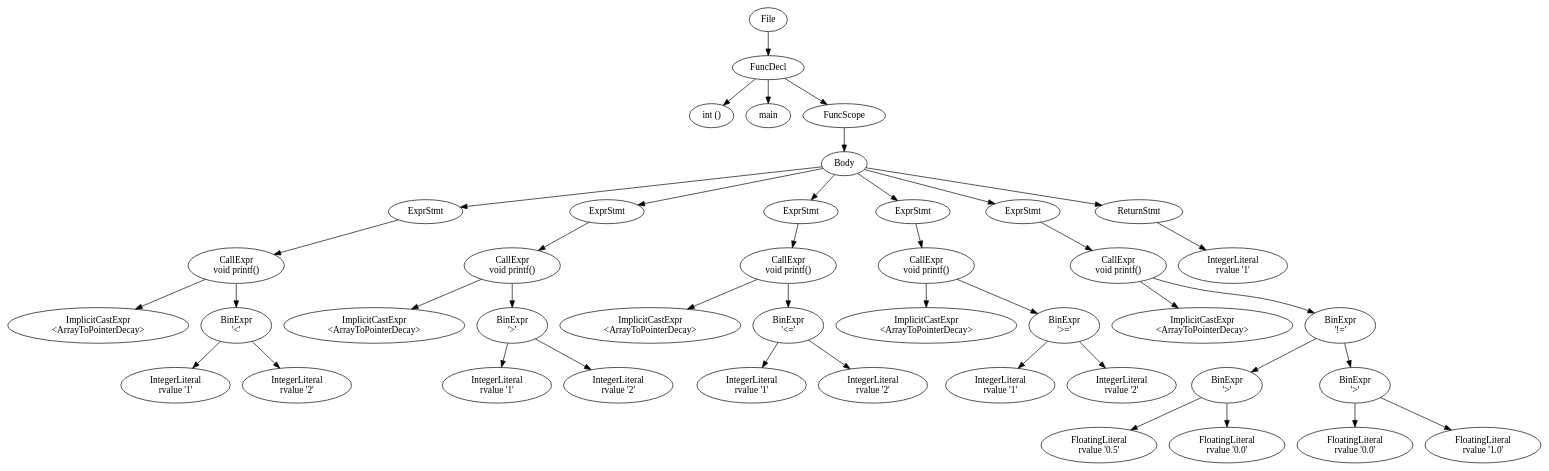
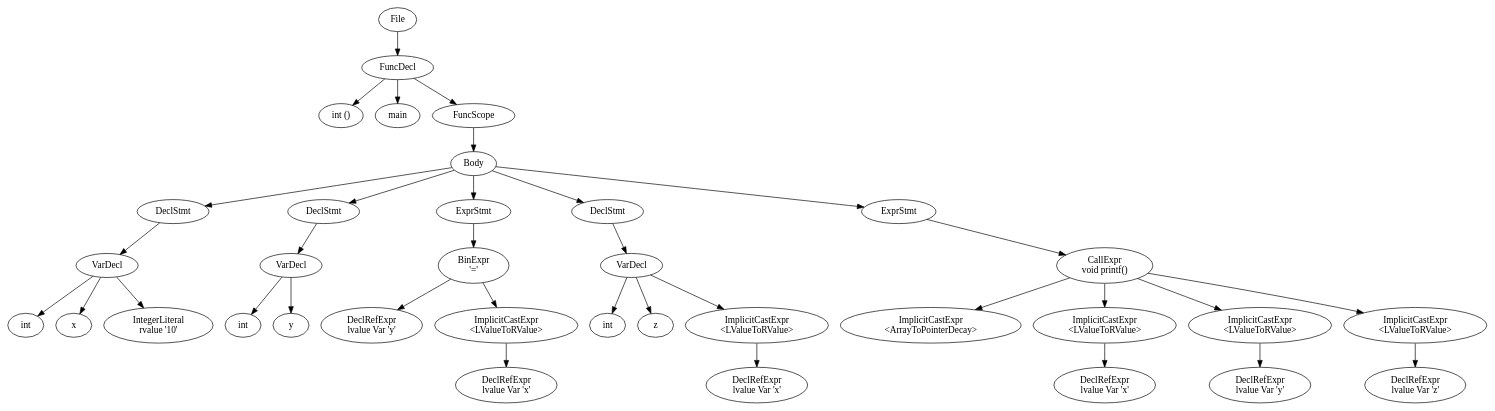
Before and after one commit to LarsDeLeeuw/Compilers: the diagram in src/output.dot, drawn with Graphviz. The commit also changed 8 other files, not shown here.

```diff
--- a/src/output.dot
+++ b/src/output.dot
@@ -1,114 +1,85 @@
 digraph {n0 [label="File"];
 n1 [label="FuncDecl"];
 n2 [label="int ()"];
 n3 [label="main"];
 n4 [label="FuncScope"];
 n6 [label="Body"];
-n8 [label="ExprStmt"];
-n9 [label="CallExpr
+n8 [label="DeclStmt"];
+n9 [label="VarDecl"];
+n10 [label="int"];
+n11 [label="x"];
+n12 [label="IntegerLiteral
+rvalue '10'"];
+n13 [label="DeclStmt"];
+n14 [label="VarDecl"];
+n15 [label="int"];
+n16 [label="y"];
+n18 [label="ExprStmt"];
+n19 [label="BinExpr
+'='"];
+n20 [label="DeclRefExpr
+lvalue Var 'y'"];
+n21 [label="ImplicitCastExpr
+<LValueToRValue>"];
+n22 [label="DeclRefExpr
+lvalue Var 'x'"];
+n23 [label="DeclStmt"];
+n24 [label="VarDecl"];
+n25 [label="int"];
+n26 [label="z"];
+n27 [label="ImplicitCastExpr
+<LValueToRValue>"];
+n28 [label="DeclRefExpr
+lvalue Var 'x'"];
+n29 [label="ExprStmt"];
+n30 [label="CallExpr
 void printf()"];
-n11 [label="ImplicitCastExpr
+n32 [label="ImplicitCastExpr
 <ArrayToPointerDecay>"];
-n13 [label="BinExpr
-'<'"];
-n14 [label="IntegerLiteral
-rvalue '1'"];
-n15 [label="IntegerLiteral
-rvalue '2'"];
-n16 [label="ExprStmt"];
-n17 [label="CallExpr
-void printf()"];
-n19 [label="ImplicitCastExpr
-<ArrayToPointerDecay>"];
-n21 [label="BinExpr
-'>'"];
-n22 [label="IntegerLiteral
-rvalue '1'"];
-n23 [label="IntegerLiteral
-rvalue '2'"];
-n24 [label="ExprStmt"];
-n25 [label="CallExpr
-void printf()"];
-n27 [label="ImplicitCastExpr
-<ArrayToPointerDecay>"];
-n29 [label="BinExpr
-'<='"];
-n30 [label="IntegerLiteral
-rvalue '1'"];
-n31 [label="IntegerLiteral
-rvalue '2'"];
-n32 [label="ExprStmt"];
-n33 [label="CallExpr
-void printf()"];
-n35 [label="ImplicitCastExpr
-<ArrayToPointerDecay>"];
-n37 [label="BinExpr
-'>='"];
-n38 [label="IntegerLiteral
-rvalue '1'"];
-n39 [label="IntegerLiteral
-rvalue '2'"];
-n40 [label="ExprStmt"];
-n41 [label="CallExpr
-void printf()"];
-n43 [label="ImplicitCastExpr
-<ArrayToPointerDecay>"];
-n45 [label="BinExpr
-'!='"];
-n46 [label="BinExpr
-'>'"];
-n47 [label="FloatingLiteral
-rvalue '0.5'"];
-n48 [label="FloatingLiteral
-rvalue '0.0'"];
-n49 [label="BinExpr
-'>'"];
-n50 [label="FloatingLiteral
-rvalue '0.0'"];
-n51 [label="FloatingLiteral
-rvalue '1.0'"];
-n52 [label="ReturnStmt"];
-n53 [label="IntegerLiteral
-rvalue '1'"];
+n34 [label="ImplicitCastExpr
+<LValueToRValue>"];
+n35 [label="DeclRefExpr
+lvalue Var 'x'"];
+n36 [label="ImplicitCastExpr
+<LValueToRValue>"];
+n37 [label="DeclRefExpr
+lvalue Var 'y'"];
+n38 [label="ImplicitCastExpr
+<LValueToRValue>"];
+n39 [label="DeclRefExpr
+lvalue Var 'z'"];
 n0 -> n1
 n1 -> n2
 n1 -> n3
 n1 -> n4
 n4 -> n6
 n6 -> n8
 n8 -> n9
+n9 -> n10
 n9 -> n11
-n9 -> n13
+n9 -> n12
+n6 -> n13
 n13 -> n14
-n13 -> n15
-n6 -> n16
-n16 -> n17
-n17 -> n19
-n17 -> n21
+n14 -> n15
+n14 -> n16
+n6 -> n18
+n18 -> n19
+n19 -> n20
+n19 -> n21
 n21 -> n22
-n21 -> n23
-n6 -> n24
+n6 -> n23
+n23 -> n24
 n24 -> n25
-n25 -> n27
-n25 -> n29
+n24 -> n26
+n24 -> n27
+n27 -> n28
+n6 -> n29
 n29 -> n30
-n29 -> n31
-n6 -> n32
-n32 -> n33
-n33 -> n35
-n33 -> n37
-n37 -> n38
-n37 -> n39
-n6 -> n40
-n40 -> n41
-n41 -> n43
-n41 -> n45
-n45 -> n46
-n46 -> n47
-n46 -> n48
-n45 -> n49
-n49 -> n50
-n49 -> n51
-n6 -> n52
-n52 -> n53
+n30 -> n32
+n30 -> n34
+n34 -> n35
+n30 -> n36
+n36 -> n37
+n30 -> n38
+n38 -> n39
 }
```
